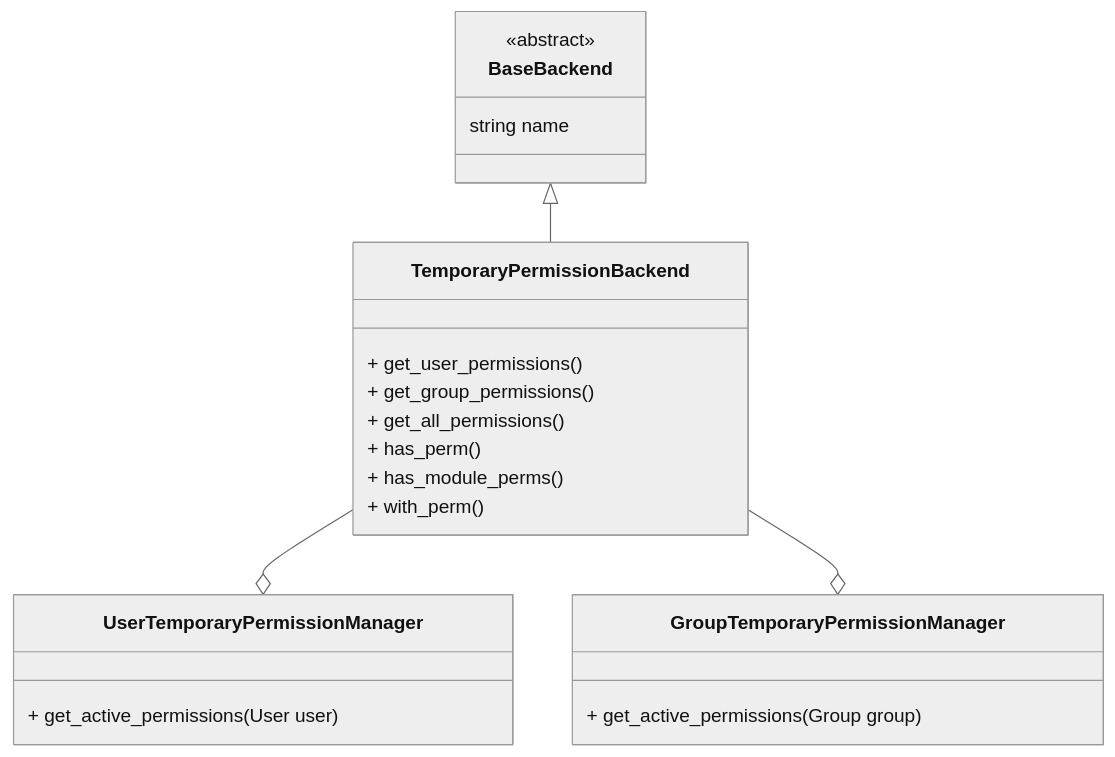
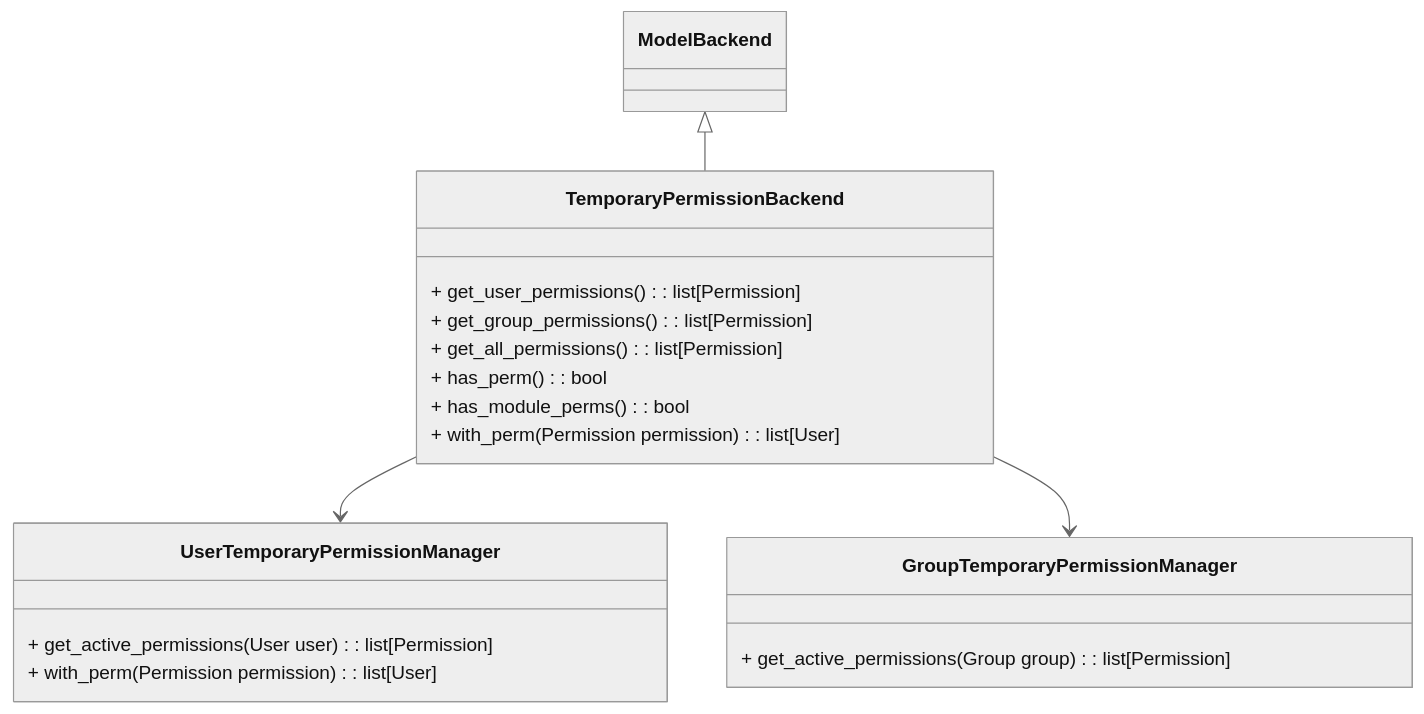
The second of 2 diagrams in docs/design/class_diagram.md (k-tech-italy/django-temp-permissions), drawn with Mermaid (neutral theme) before and after one commit. The commit also changed other lines of this file, not shown here.

````diff
--- a/docs/design/class_diagram.md
+++ b/docs/design/class_diagram.md
@@ -54,27 +62,25 @@
 ```mermaid
 classDiagram
-    class BaseBackend {
-        <<abstract>>
-        string name
-    }
+    class ModelBackend
     
     class TemporaryPermissionBackend {
-        + get_user_permissions()
-        + get_group_permissions()
-        + get_all_permissions()
-        + has_perm()
-        + has_module_perms()
-        + with_perm()
+        + get_user_permissions(): list[Permission]
+        + get_group_permissions(): list[Permission]
+        + get_all_permissions(): list[Permission]
+        + has_perm(): bool
+        + has_module_perms(): bool
+        + with_perm(Permission permission): list[User]
     }
-    BaseBackend <|-- TemporaryPermissionBackend
+    ModelBackend <|-- TemporaryPermissionBackend
     
     class UserTemporaryPermissionManager {
-        + get_active_permissions(User user)
+        + get_active_permissions(User user): list[Permission]
+        + with_perm(Permission permission): list[User]
     }
-    TemporaryPermissionBackend --o UserTemporaryPermissionManager
+    TemporaryPermissionBackend --> UserTemporaryPermissionManager
     
     class GroupTemporaryPermissionManager {
-        + get_active_permissions(Group group)
+        + get_active_permissions(Group group): list[Permission]
     }
-    TemporaryPermissionBackend --o GroupTemporaryPermissionManager
+    TemporaryPermissionBackend --> GroupTemporaryPermissionManager
 ```
````
